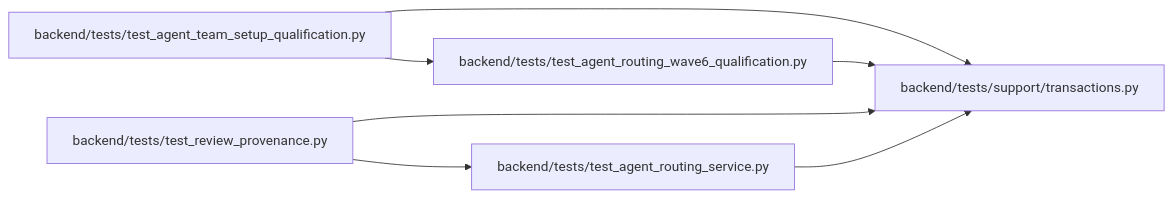
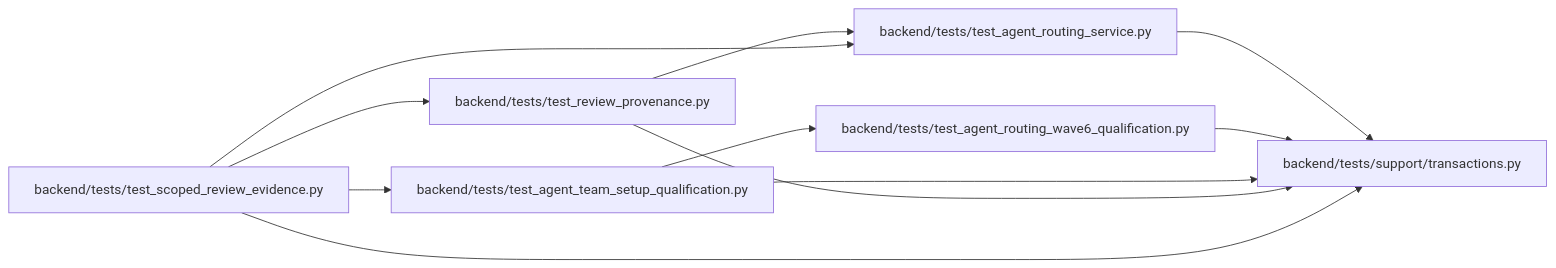
One commit to Denissvgn/WorkChord changed the diagram in docs/llm_wiki/modules/transactions.md. Above: the diagram before and after it, drawn with Mermaid. The commit also changed other lines of this file and 891 other files, not shown here.

Commit message:
Document candidate-bound evidence and independent review policy

````diff
--- a/docs/llm_wiki/modules/transactions.md
+++ b/docs/llm_wiki/modules/transactions.md
@@ -18,19 +18,25 @@
 ```mermaid
 flowchart LR
     n0["backend/tests/support/transactions.py"]
     n1["backend/tests/test_agent_routing_service.py"]
     n2["backend/tests/test_agent_routing_wave6_qualification.py"]
     n3["backend/tests/test_agent_team_setup_qualification.py"]
     n4["backend/tests/test_review_provenance.py"]
+    n5["backend/tests/test_scoped_review_evidence.py"]
     n1 --> n0
     n2 --> n0
     n3 --> n0
     n3 --> n2
     n4 --> n0
     n4 --> n1
+    n5 --> n0
+    n5 --> n1
+    n5 --> n3
+    n5 --> n4
     click n0 "../modules/transactions.md"
     click n1 "../modules/test_agent_routing_service.md"
     click n2 "../modules/test_agent_routing_wave6_qualification.md"
     click n3 "../modules/test_agent_team_setup_qualification.md"
     click n4 "../modules/test_review_provenance.md"
+    click n5 "../modules/test_scoped_review_evidence.md"
 ```
````
